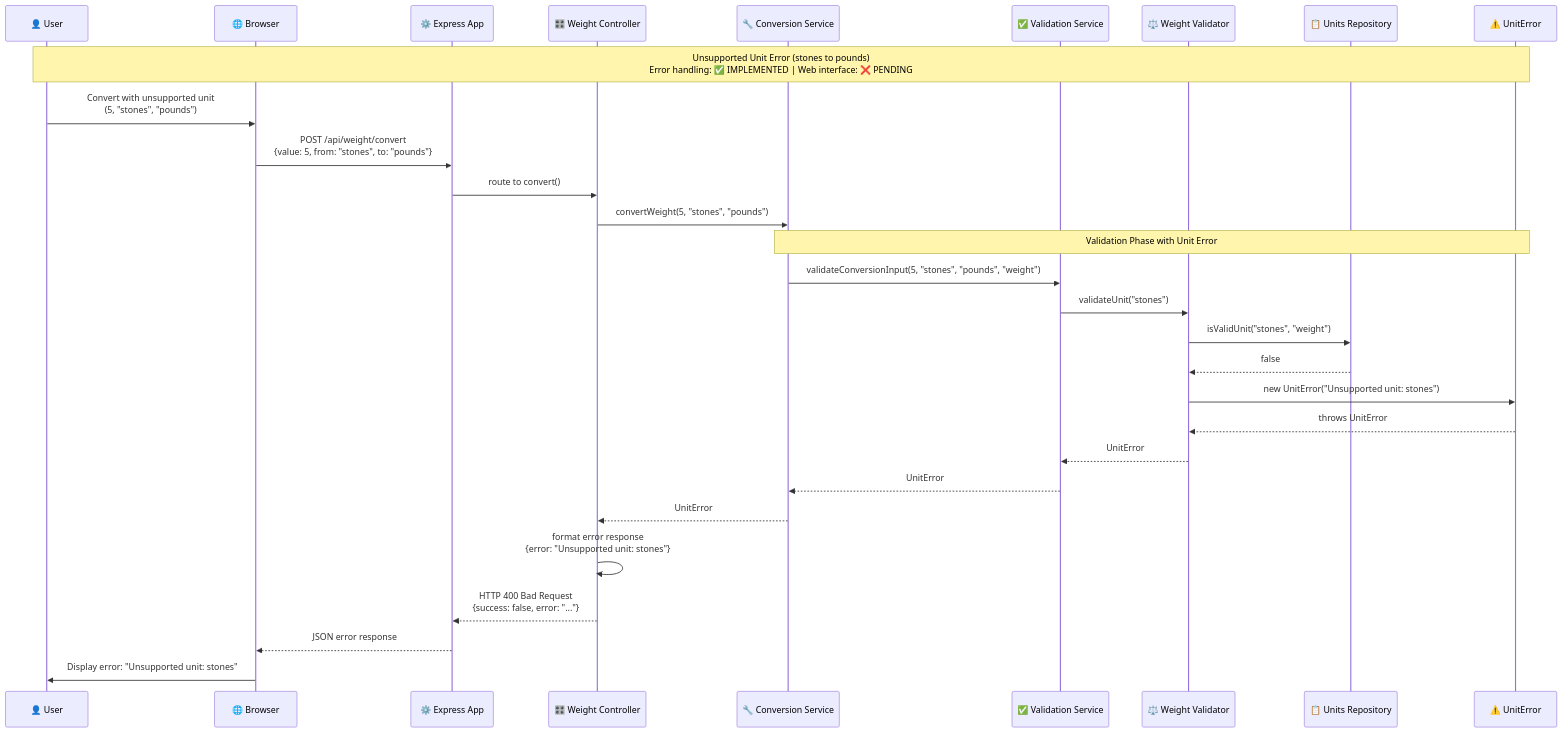
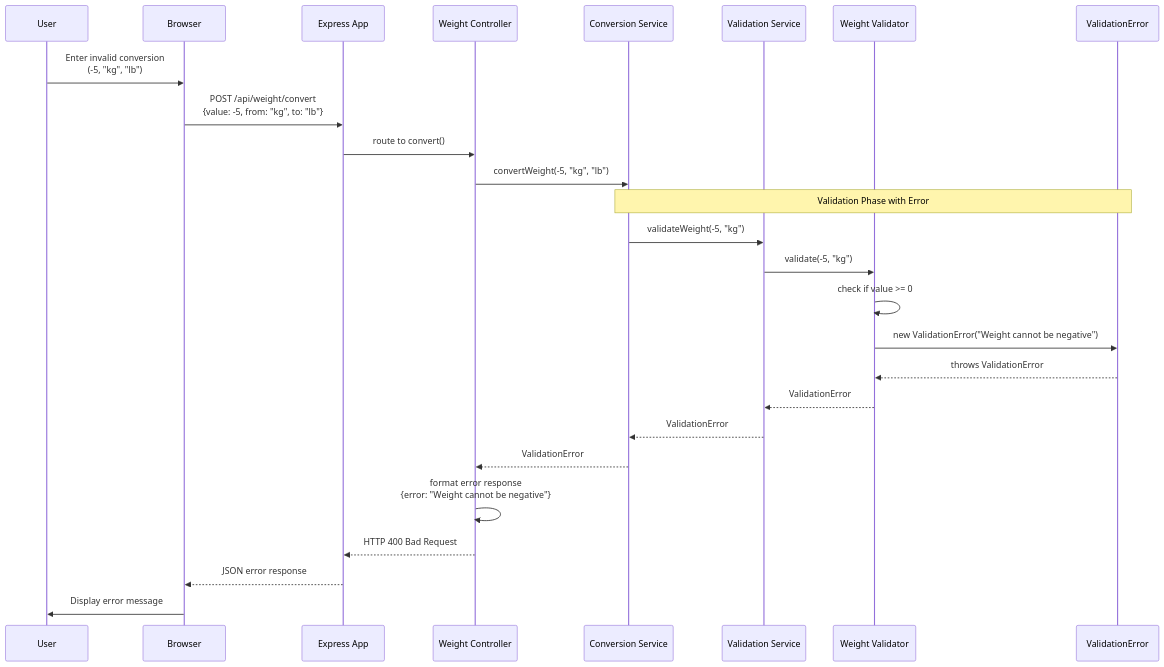
Before and after one commit to Shockp/Backend-Projects: the fourth of 5 diagrams in unit-converter/uml-diagrams/SequenceDiagram.md, drawn with Mermaid. The commit also changed other lines of this file and 5 other files, not shown here.

````diff
--- a/unit-converter/uml-diagrams/SequenceDiagram.md
+++ b/unit-converter/uml-diagrams/SequenceDiagram.md
@@ -102,36 +132,32 @@
 ```mermaid
 sequenceDiagram
-    participant User as 👤 User
-    participant Browser as 🌐 Browser
-    participant App as ⚙️ Express App
-    participant WC as 🎛️ Weight Controller
-    participant CS as 🔧 Conversion Service
-    participant VS as ✅ Validation Service
-    participant WV as ⚖️ Weight Validator
-    participant UR as 📋 Units Repository
-    participant UE as ⚠️ UnitError
+    participant User as User
+    participant Browser as Browser
+    participant App as Express App
+    participant WC as Weight Controller
+    participant CS as Conversion Service
+    participant VS as Validation Service
+    participant WV as Weight Validator
+    participant VE as ValidationError
 
-    Note over User, UE: Unsupported Unit Error (stones to pounds)<br/>Error handling: ✅ IMPLEMENTED | Web interface: ❌ PENDING
-
-    User->>Browser: Convert with unsupported unit<br/>(5, "stones", "pounds")
-    Browser->>App: POST /api/weight/convert<br/>{value: 5, from: "stones", to: "pounds"}
+    User->>Browser: Enter invalid conversion<br/>(-5, "kg", "lb")
+    Browser->>App: POST /api/weight/convert<br/>{value: -5, from: "kg", to: "lb"}
     App->>WC: route to convert()
     
-    WC->>CS: convertWeight(5, "stones", "pounds")
+    WC->>CS: convertWeight(-5, "kg", "lb")
     
-    Note over CS, UE: Validation Phase with Unit Error
-    CS->>VS: validateConversionInput(5, "stones", "pounds", "weight")
-    VS->>WV: validateUnit("stones")
-    WV->>UR: isValidUnit("stones", "weight")
-    UR-->>WV: false
-    WV->>UE: new UnitError("Unsupported unit: stones")
-    UE-->>WV: throws UnitError
-    WV-->>VS: UnitError
-    VS-->>CS: UnitError
-    CS-->>WC: UnitError
+    Note over CS, VE: Validation Phase with Error
+    CS->>VS: validateWeight(-5, "kg")
+    VS->>WV: validate(-5, "kg")
+    WV->>WV: check if value >= 0
+    WV->>VE: new ValidationError("Weight cannot be negative")
+    VE-->>WV: throws ValidationError
+    WV-->>VS: ValidationError
+    VS-->>CS: ValidationError
+    CS-->>WC: ValidationError
     
-    WC->>WC: format error response<br/>{error: "Unsupported unit: stones"}
-    WC-->>App: HTTP 400 Bad Request<br/>{success: false, error: "..."}
+    WC->>WC: format error response<br/>{error: "Weight cannot be negative"}
+    WC-->>App: HTTP 400 Bad Request
     App-->>Browser: JSON error response
-    Browser->>User: Display error: "Unsupported unit: stones"
+    Browser->>User: Display error message
 ```
````
